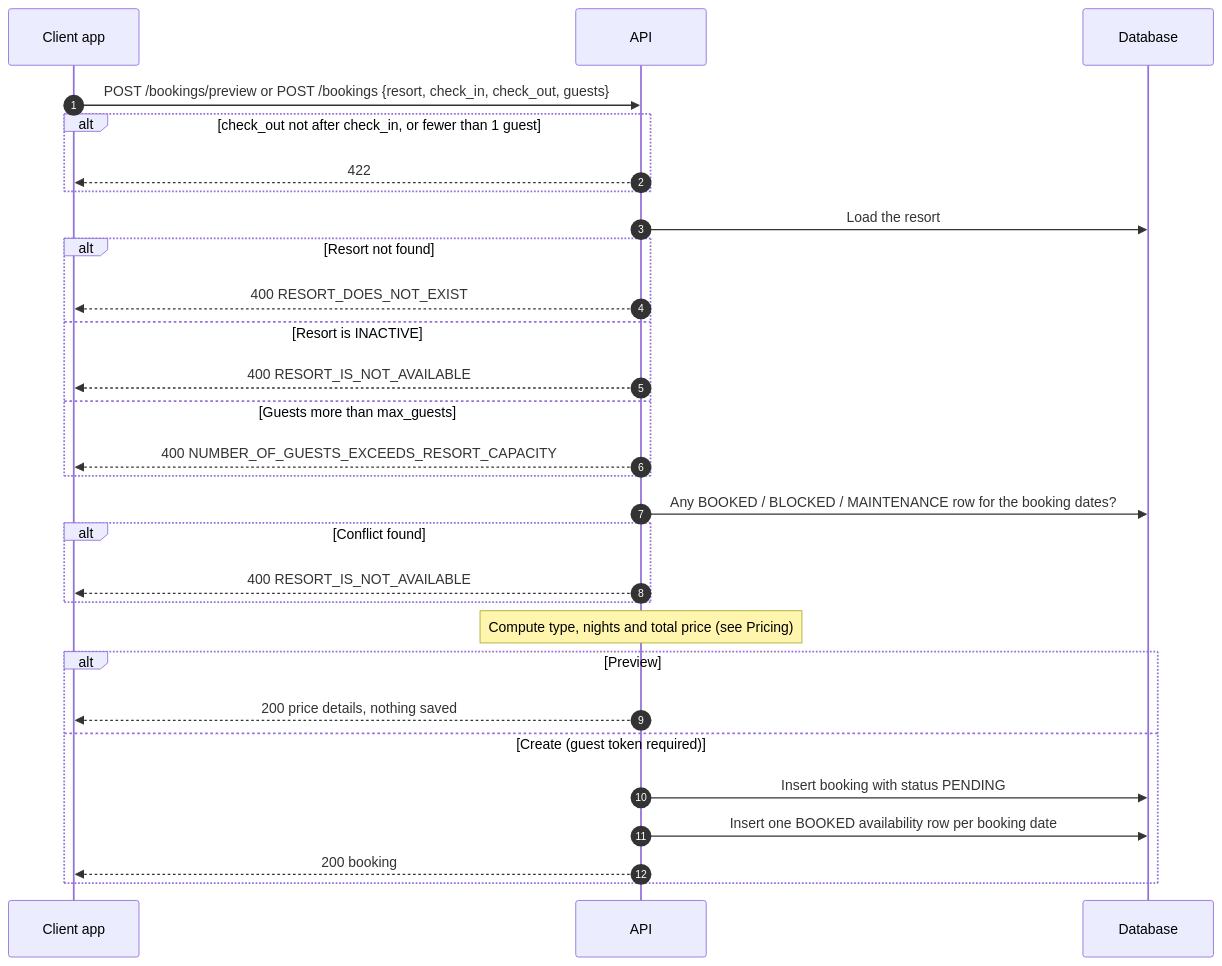
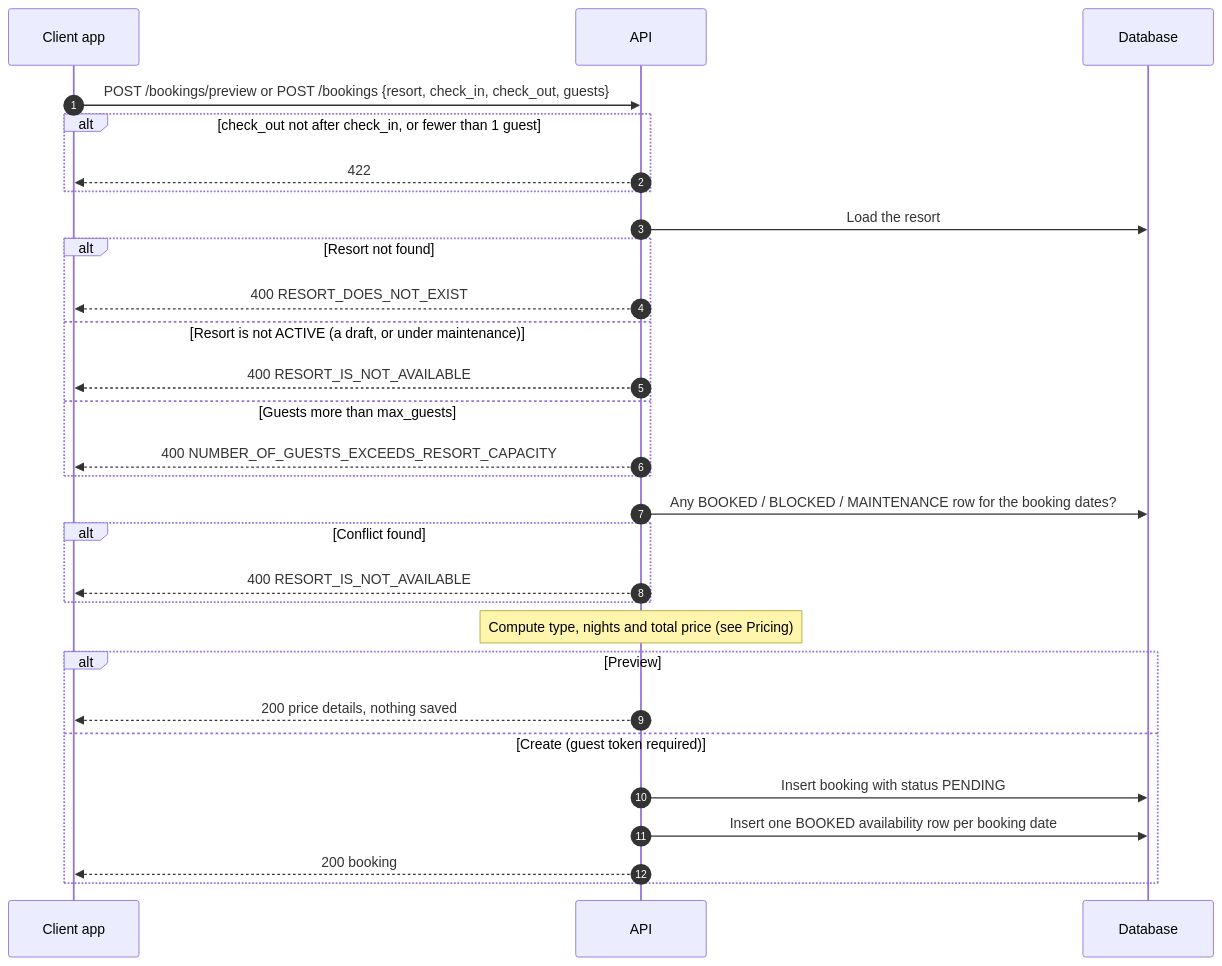
The first of 2 diagrams in documentations/Guest/Booking.md (jvcarpena/cozi-app-be), drawn with Mermaid before and after one commit. The commit also changed other lines of this file and 24 other files, not shown here.

````diff
--- a/documentations/Guest/Booking.md
+++ b/documentations/Guest/Booking.md
@@ -9,32 +9,32 @@
 ```mermaid
 sequenceDiagram
     autonumber
     participant C as Client app
     participant A as API
     participant D as Database
 
     C->>A: POST /bookings/preview or POST /bookings {resort, check_in, check_out, guests}
     alt check_out not after check_in, or fewer than 1 guest
         A-->>C: 422
     end
     A->>D: Load the resort
     alt Resort not found
         A-->>C: 400 RESORT_DOES_NOT_EXIST
-    else Resort is INACTIVE
+    else Resort is not ACTIVE (a draft, or under maintenance)
         A-->>C: 400 RESORT_IS_NOT_AVAILABLE
     else Guests more than max_guests
         A-->>C: 400 NUMBER_OF_GUESTS_EXCEEDS_RESORT_CAPACITY
     end
     A->>D: Any BOOKED / BLOCKED / MAINTENANCE row for the booking dates?
     alt Conflict found
         A-->>C: 400 RESORT_IS_NOT_AVAILABLE
     end
     Note over A: Compute type, nights and total price (see Pricing)
     alt Preview
         A-->>C: 200 price details, nothing saved
     else Create (guest token required)
         A->>D: Insert booking with status PENDING
         A->>D: Insert one BOOKED availability row per booking date
         A-->>C: 200 booking
     end
 ```
````
